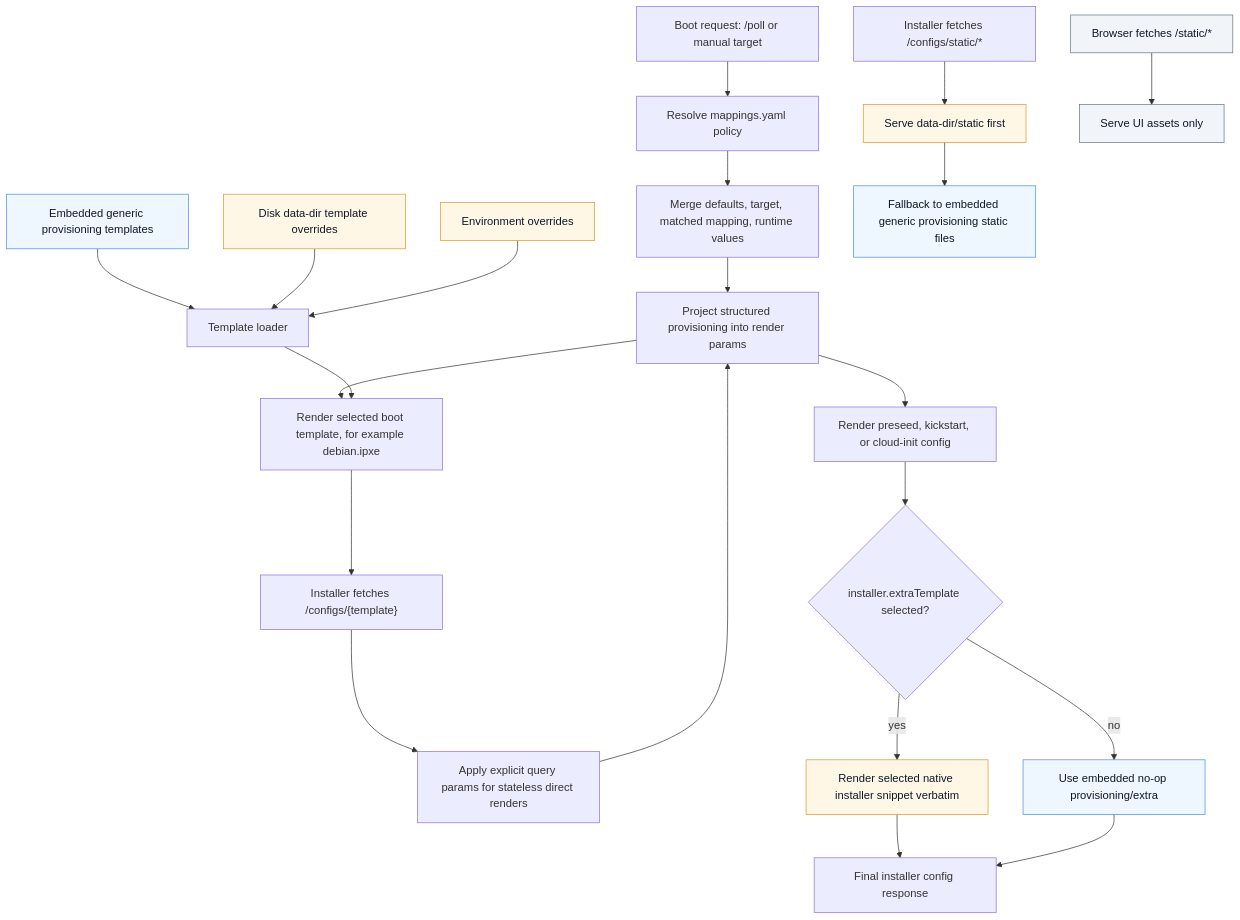
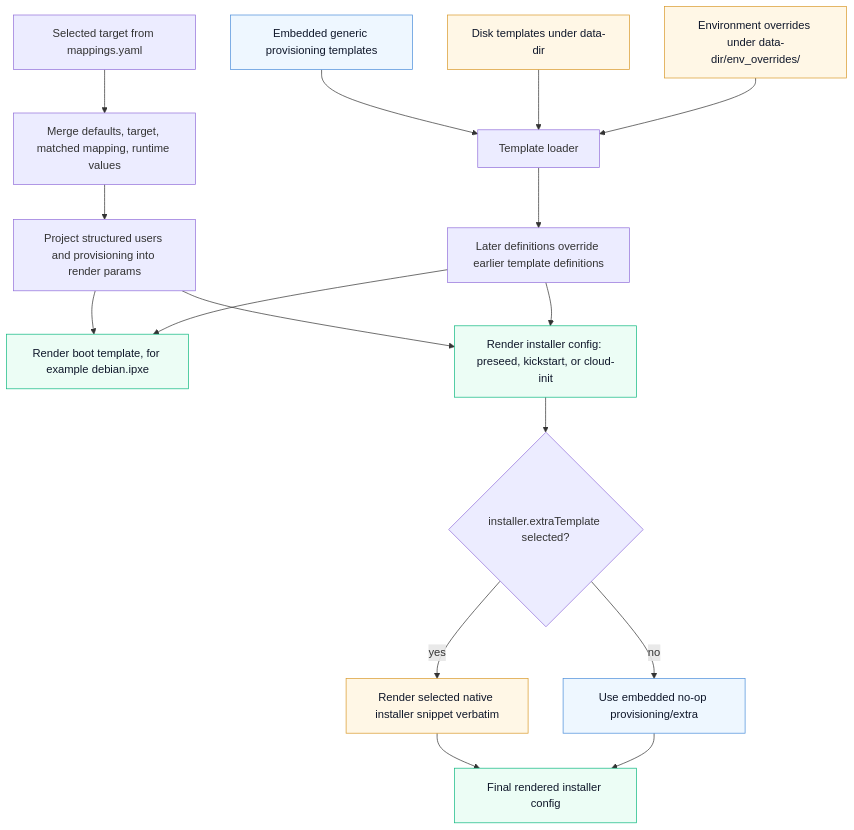
One commit to inngest/shoelaces changed the first of 2 diagrams in docs/provisioning-overrides.md. Above: the diagram before and after it, drawn with Mermaid. The commit also changed other lines of this file, not shown here.

Commit message:
docs: split provisioning flow diagrams

````diff
--- a/docs/provisioning-overrides.md
+++ b/docs/provisioning-overrides.md
@@ -37,35 +37,28 @@
 ```mermaid
 flowchart TD
-    bootReq["Boot request: /poll or manual target"] --> resolve["Resolve mappings.yaml policy"]
-    resolve --> merge["Merge defaults, target, matched mapping, runtime values"]
-    merge --> project["Project structured provisioning into render params"]
-    project --> bootTpl["Render selected boot template, for example debian.ipxe"]
+    selected["Selected target from mappings.yaml"] --> merged["Merge defaults, target, matched mapping, runtime values"]
+    merged --> projected["Project structured users and provisioning into render params"]
 
     embedded["Embedded generic provisioning templates"] --> loader["Template loader"]
-    diskTpl["Disk data-dir template overrides"] --> loader
-    envTpl["Environment overrides"] --> loader
-    loader --> bootTpl
+    disk["Disk templates under data-dir"] --> loader
+    env["Environment overrides under data-dir/env_overrides/<env>"] --> loader
+    loader --> precedence["Later definitions override earlier template definitions"]
 
-    bootTpl --> configReq["Installer fetches /configs/{template}"]
-    configReq --> query["Apply explicit query params for stateless direct renders"]
-    query --> project
-    project --> installCfg["Render preseed, kickstart, or cloud-init config"]
+    projected --> renderBoot["Render boot template, for example debian.ipxe"]
+    precedence --> renderBoot
+    projected --> renderConfig["Render installer config: preseed, kickstart, or cloud-init"]
+    precedence --> renderConfig
 
-    installCfg --> extraDecision{"installer.extraTemplate selected?"}
-    extraDecision -- yes --> extraTpl["Render selected native installer snippet verbatim"]
+    renderConfig --> extraDecision{"installer.extraTemplate selected?"}
+    extraDecision -- yes --> extra["Render selected native installer snippet verbatim"]
     extraDecision -- no --> noop["Use embedded no-op provisioning/extra"]
-    extraTpl --> response["Final installer config response"]
-    noop --> response
-
-    staticReq["Installer fetches /configs/static/*"] --> diskStatic["Serve data-dir/static first"]
-    diskStatic --> embeddedStatic["Fallback to embedded generic provisioning static files"]
-
-    uiReq["Browser fetches /static/*"] --> uiAssets["Serve UI assets only"]
+    extra --> final["Final rendered installer config"]
+    noop --> final
 
     classDef embedded fill:#eef7ff,stroke:#4c8eda,color:#0f172a;
     classDef disk fill:#fff7e6,stroke:#d99a2b,color:#0f172a;
-    classDef ui fill:#f1f5f9,stroke:#64748b,color:#0f172a;
-    class embedded,embeddedStatic,noop embedded;
-    class diskTpl,envTpl,diskStatic,extraTpl disk;
-    class uiReq,uiAssets ui;
+    classDef render fill:#ecfdf5,stroke:#10b981,color:#0f172a;
+    class embedded,noop embedded;
+    class disk,env,extra disk;
+    class renderBoot,renderConfig,final render;
 ```
````
